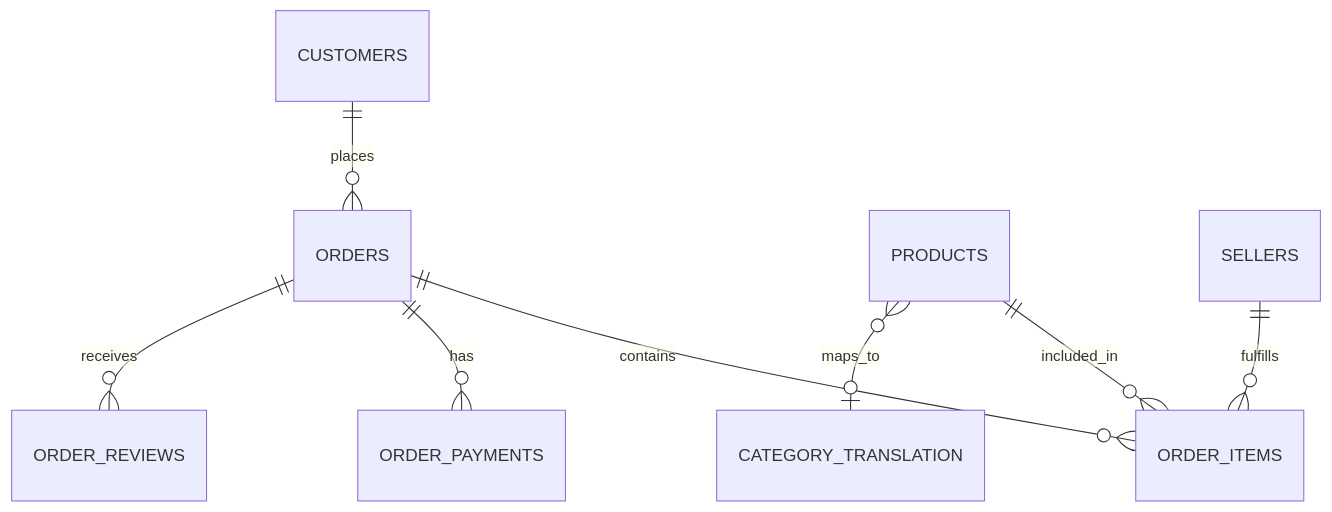
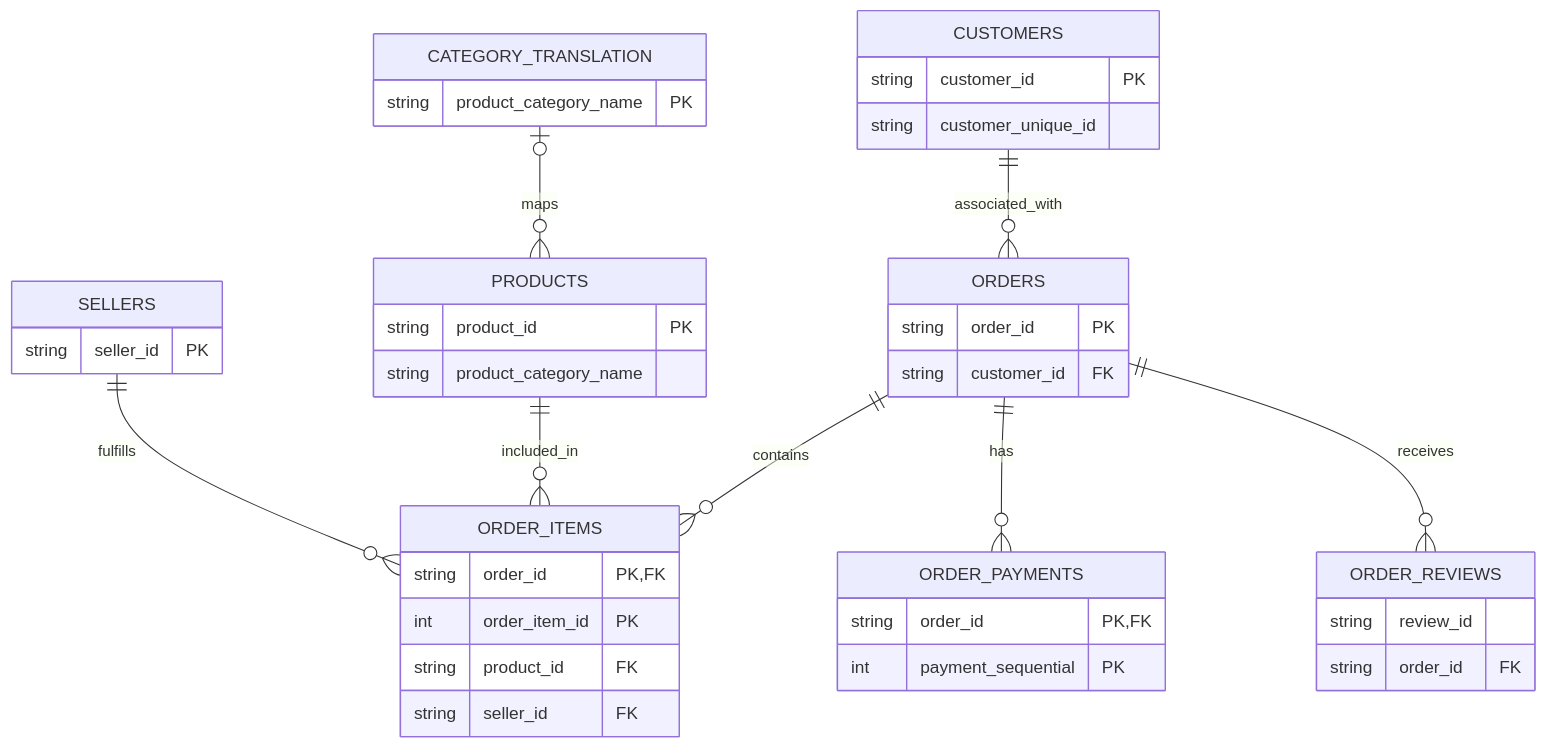
The first of 2 diagrams in docs/data_dictionary.md (janyaverma/sales-analytics-project), drawn with Mermaid before and after one commit. The commit also changed other lines of this file and 42 other files, not shown here.

````diff
--- a/docs/data_dictionary.md
+++ b/docs/data_dictionary.md
@@ -254,34 +235,50 @@
 ```mermaid
 erDiagram
-    CUSTOMERS ||--o{ ORDERS : places
+    CUSTOMERS ||--o{ ORDERS : associated_with
     ORDERS ||--o{ ORDER_ITEMS : contains
     ORDERS ||--o{ ORDER_PAYMENTS : has
     ORDERS ||--o{ ORDER_REVIEWS : receives
     PRODUCTS ||--o{ ORDER_ITEMS : included_in
     SELLERS ||--o{ ORDER_ITEMS : fulfills
-    PRODUCTS }o--o| CATEGORY_TRANSLATION : maps_to
+    CATEGORY_TRANSLATION o|--o{ PRODUCTS : maps
 
     CUSTOMERS {
+        string customer_id PK
+        string customer_unique_id
     }
 
     ORDERS {
+        string order_id PK
+        string customer_id FK
     }
 
     ORDER_ITEMS {
+        string order_id PK, FK
+        int order_item_id PK
+        string product_id FK
+        string seller_id FK
     }
 
     ORDER_PAYMENTS {
+        string order_id PK, FK
+        int payment_sequential PK
     }
 
     PRODUCTS {
+        string product_id PK
+        string product_category_name
     }
 
     SELLERS {
+        string seller_id PK
     }
 
     ORDER_REVIEWS {
+        string review_id
+        string order_id FK
     }
 
     CATEGORY_TRANSLATION {
+        string product_category_name PK
     }
 ```
````
